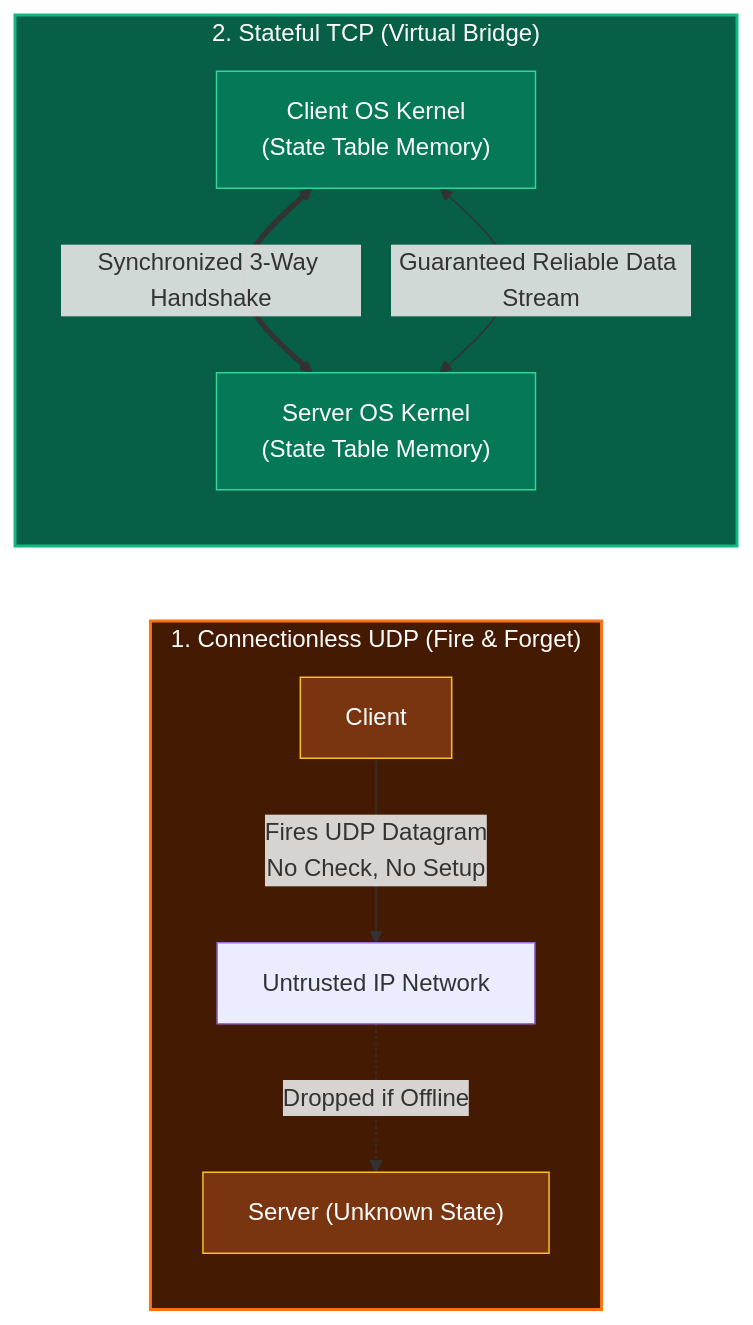
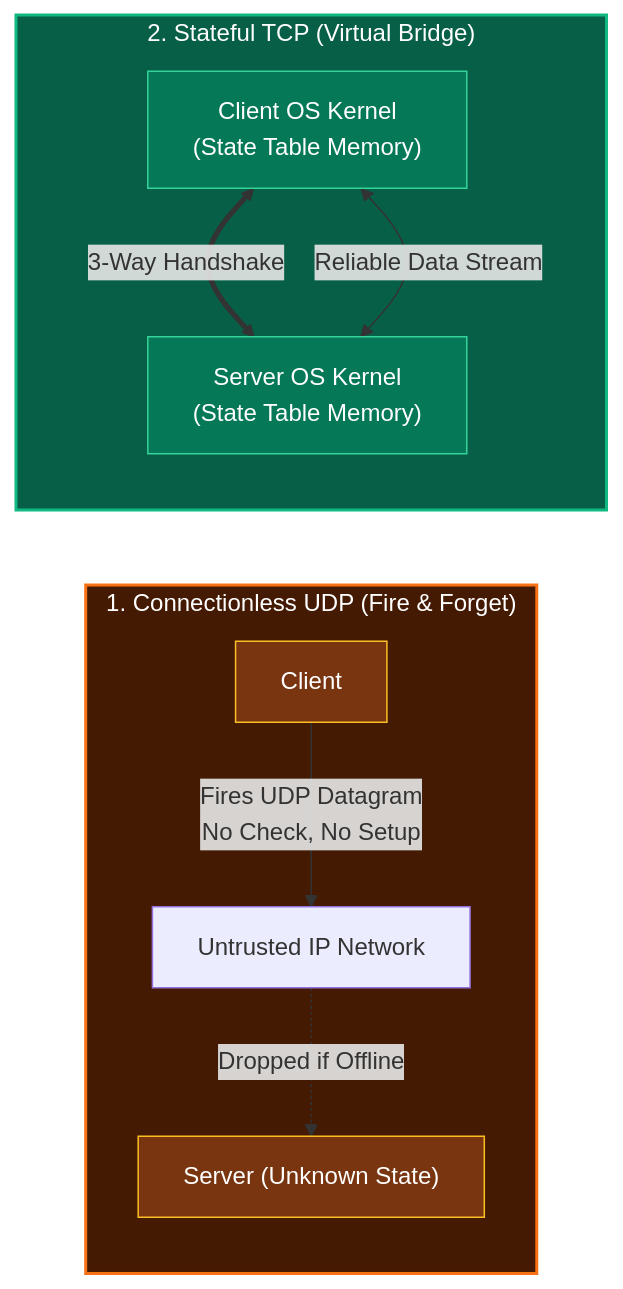
The first of 4 diagrams in content/posts/networking/ch16-tcp-three-way-handshake.mdx (ayuslharora/blog-ayuslh), drawn with Mermaid before and after one commit.

Commit message:
Fix overflowing edge labels in Ch.16 connectionless-vs-stateful diagram
Shorten the "Synchronized 3-Way Handshake" and "Guaranteed Reliable Data
Stream" mermaid edge labels so they render fully inside their label boxes
instead of getting clipped.

````diff
--- a/content/posts/networking/ch16-tcp-three-way-handshake.mdx
+++ b/content/posts/networking/ch16-tcp-three-way-handshake.mdx
@@ -30,21 +30,21 @@
 ```mermaid
 flowchart LR
     subgraph Connectionless ["1. Connectionless UDP (Fire & Forget)"]
         direction TB
         U_Client["Client"] -->|Fires UDP Datagram<br/>No Check, No Setup| U_Wire["Untrusted IP Network"]
         U_Wire -.->|Dropped if Offline| U_Server["Server (Unknown State)"]
     end
 
     subgraph Stateful ["2. Stateful TCP (Virtual Bridge)"]
         direction TB
-        T_Client["Client OS Kernel<br/>(State Table Memory)"] <== Synchronized 3-Way Handshake ==> T_Server["Server OS Kernel<br/>(State Table Memory)"]
-        T_Client <-->|Guaranteed Reliable Data Stream| T_Server
+        T_Client["Client OS Kernel<br/>(State Table Memory)"] <== 3-Way Handshake ==> T_Server["Server OS Kernel<br/>(State Table Memory)"]
+        T_Client <-->|Reliable Data Stream| T_Server
     end
 
     style Connectionless fill:#451a03,stroke:#f97316,stroke-width:2px,color:#fff
     style Stateful fill:#065f46,stroke:#10b981,stroke-width:2px,color:#fff
     style U_Client fill:#78350f,stroke:#fbbf24,color:#fff
     style U_Server fill:#78350f,stroke:#fbbf24,color:#fff
     style T_Client fill:#047857,stroke:#34d399,color:#fff
     style T_Server fill:#047857,stroke:#34d399,color:#fff
 ```
````
